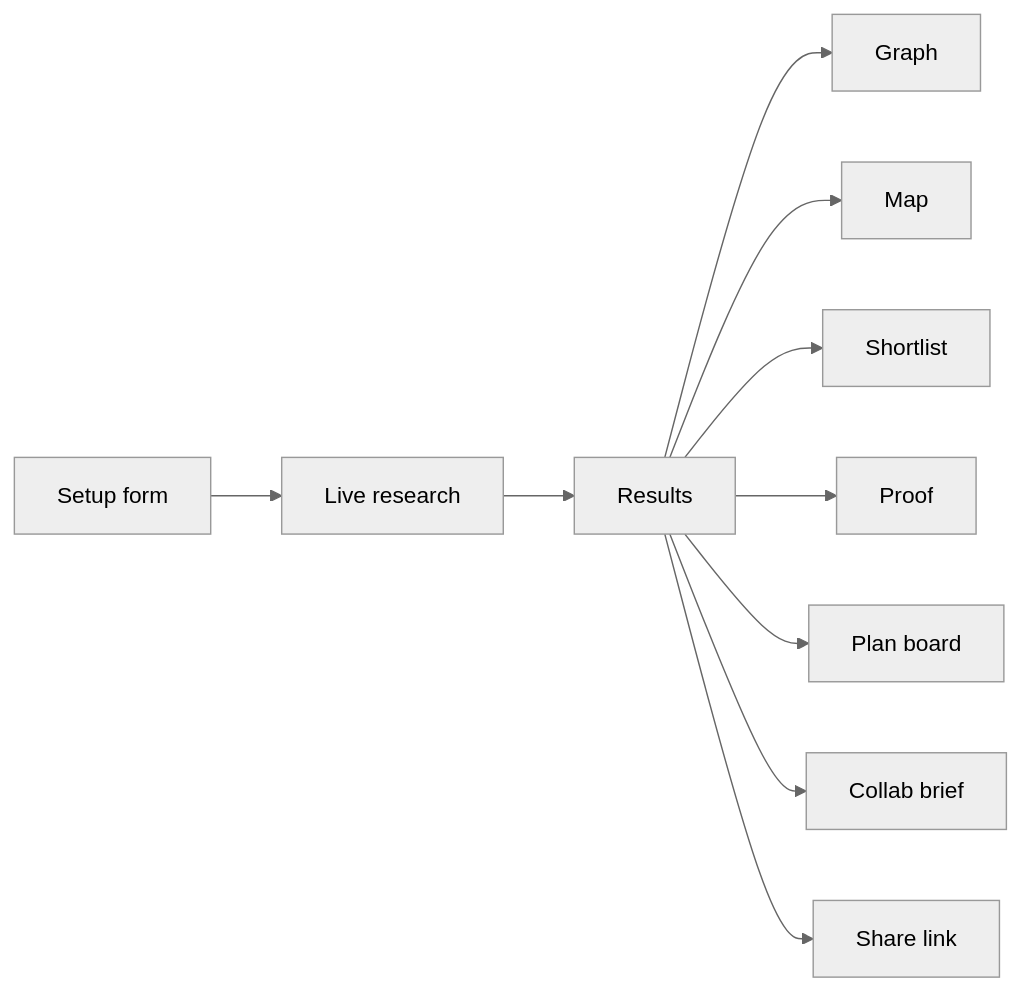
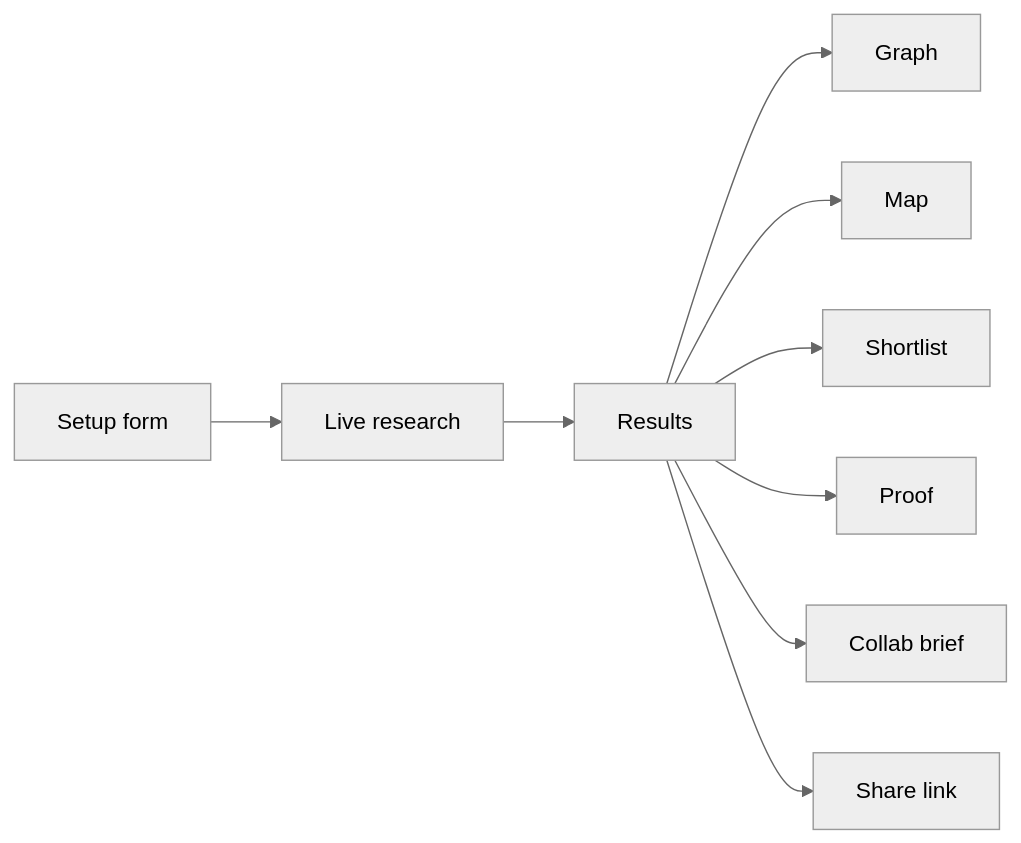
One commit to smehra670/venn-qloo-hackathon changed the first of 4 diagrams in docs/ALL_FEATURES.md. Above: the diagram before and after it, drawn with Mermaid (neutral theme). The commit also changed other lines of this file and 154 other files, not shown here.

````diff
--- a/docs/ALL_FEATURES.md
+++ b/docs/ALL_FEATURES.md
@@ -9,12 +9,11 @@
 ```mermaid
 flowchart LR
   Setup[Setup form] --> Research[Live research]
   Research --> Results[Results]
   Results --> Graph[Graph]
   Results --> Map[Map]
   Results --> Shortlist[Shortlist]
   Results --> Proof[Proof]
-  Results --> Plan[Plan board]
   Results --> Brief[Collab brief]
   Results --> Share[Share link]
 ```
````
